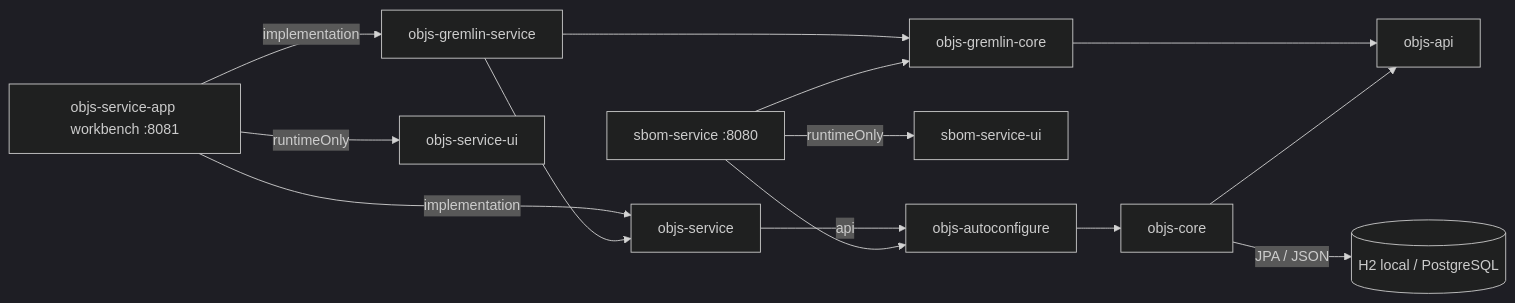
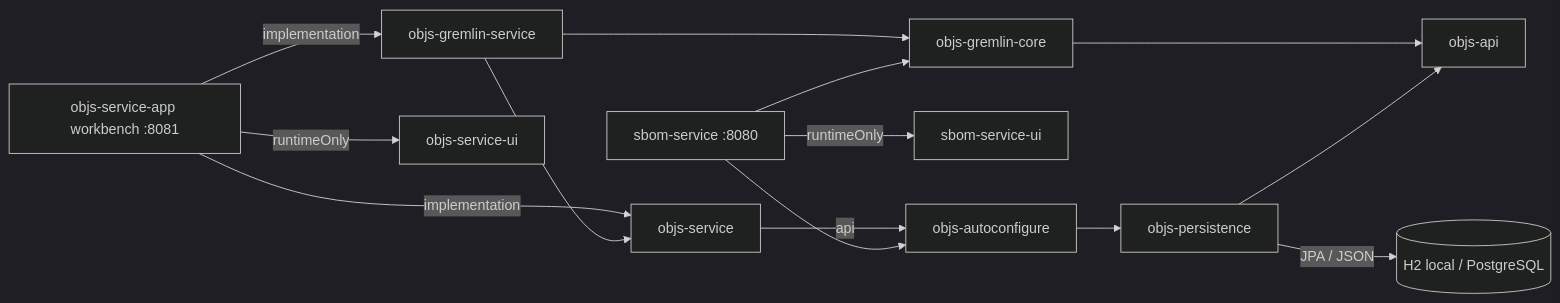
The diagram in docs/design/platform/overview.md (qpointz/objs), drawn with Mermaid (dark theme) before and after one commit. The commit also changed other lines of this file and 102 other files, not shown here.

First line of the commit message:
[change] Rename objs-core to objs-persistence (G-X7)

````diff
--- a/docs/design/platform/overview.md
+++ b/docs/design/platform/overview.md
@@ -38,26 +38,26 @@
 ```mermaid
 flowchart LR
   app[objs-service-app workbench :8081]
   gsvc[objs-gremlin-service]
   gcore[objs-gremlin-core]
   service[objs-service]
   ui[objs-service-ui]
   sbom[sbom-service :8080]
   sbomui[sbom-service-ui]
   ac[objs-autoconfigure]
-  core[objs-core]
+  core[objs-persistence]
   api[objs-api]
   app -->|implementation| service
   app -->|implementation| gsvc
   app -->|runtimeOnly| ui
   gsvc --> gcore
   gsvc --> service
   gcore --> api
   service -->|api| ac
   ac --> core
   core --> api
   sbom --> ac
   sbom --> gcore
   sbom -->|runtimeOnly| sbomui
   core -->|JPA / JSON| db[(H2 local / PostgreSQL)]
 ```
````
